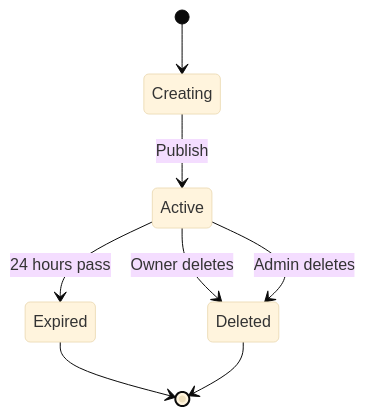
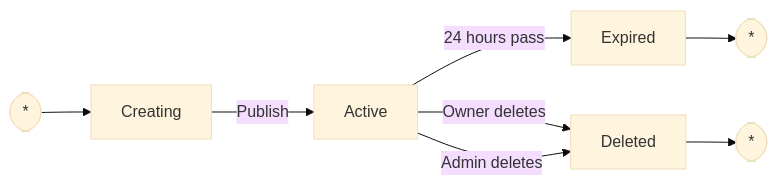
One commit to vd120/laravel_project changed diagram 19 of 28 in UML.md. Above: the diagram before and after it, drawn with Mermaid (base theme). The commit also changed other lines of this file, not shown here.

````diff
--- a/UML.md
+++ b/UML.md
@@ -1291,12 +1283,10 @@
 ```mermaid
-stateDiagram
-    [*] --> Creating
-
-    Creating --> Active: Publish
-    Active --> Expired: 24 hours pass
-    Active --> Deleted: Owner deletes
-    Active --> Deleted: Admin deletes
-
-    Expired --> [*]
-    Deleted --> [*]
+flowchart LR
+    Start([*]) --> Creating
+    Creating -->|Publish| Active
+    Active -->|24 hours pass| Expired
+    Active -->|Owner deletes| Deleted
+    Active -->|Admin deletes| Deleted
+    Expired --> End([*])
+    Deleted --> End2([*])
 ```
````
